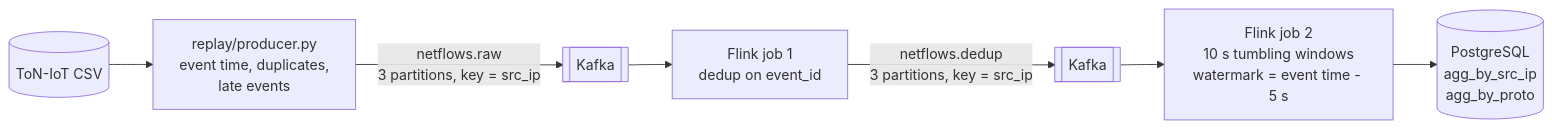
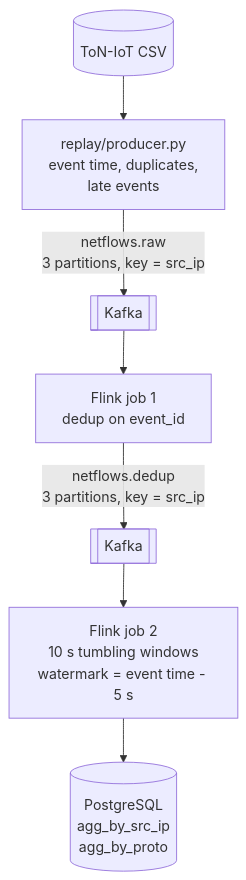
One commit to ZainebSb3/netflow-streaming changed the diagram in README.md. Above: the diagram before and after it, drawn with Mermaid.

Commit message:
docs: draw the architecture diagram top-down for readability

````diff
--- a/README.md
+++ b/README.md
@@ -9,9 +9,9 @@
 ```mermaid
-flowchart LR
+flowchart TB
     CSV[(ToN-IoT CSV)] --> P[replay/producer.py<br/>event time, duplicates,<br/>late events]
     P -->|netflows.raw<br/>3 partitions, key = src_ip| K1[[Kafka]]
     K1 --> J1[Flink job 1<br/>dedup on event_id]
     J1 -->|netflows.dedup<br/>3 partitions, key = src_ip| K2[[Kafka]]
     K2 --> J2[Flink job 2<br/>10 s tumbling windows<br/>watermark = event time - 5 s]
     J2 --> PG[(PostgreSQL<br/>agg_by_src_ip<br/>agg_by_proto)]
 ```
````
